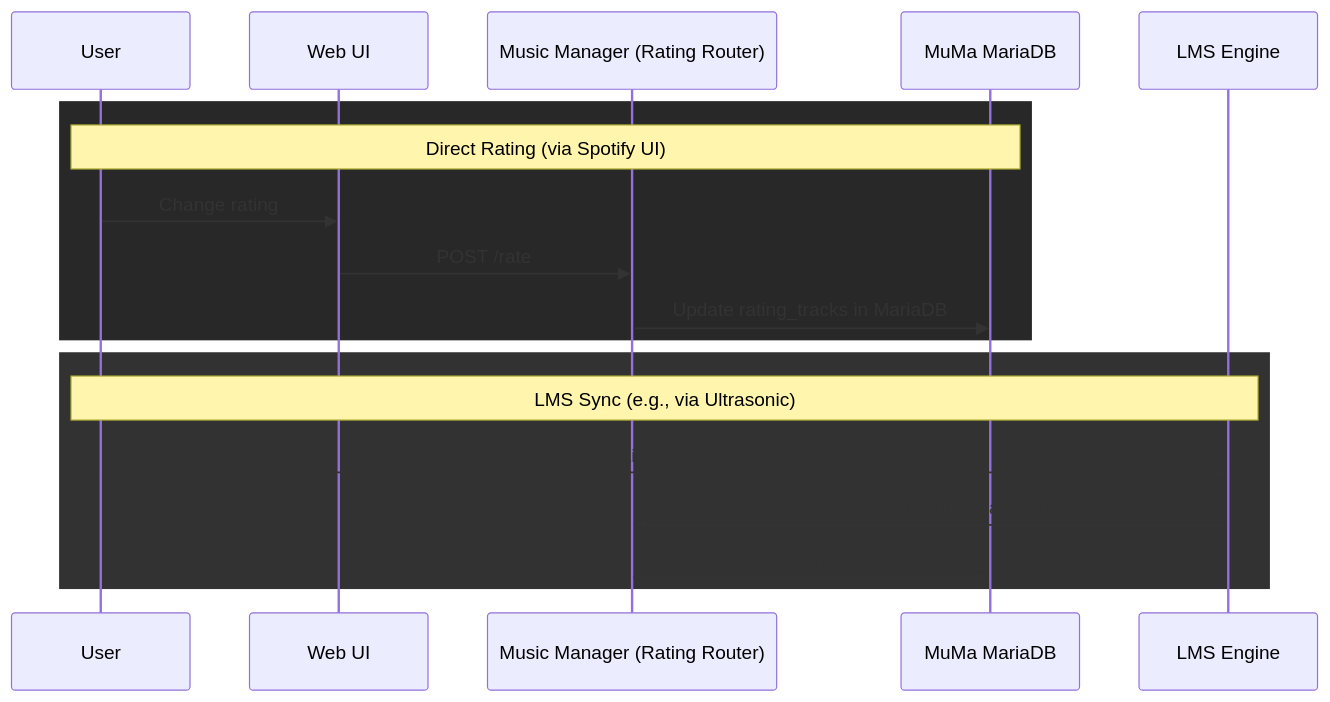
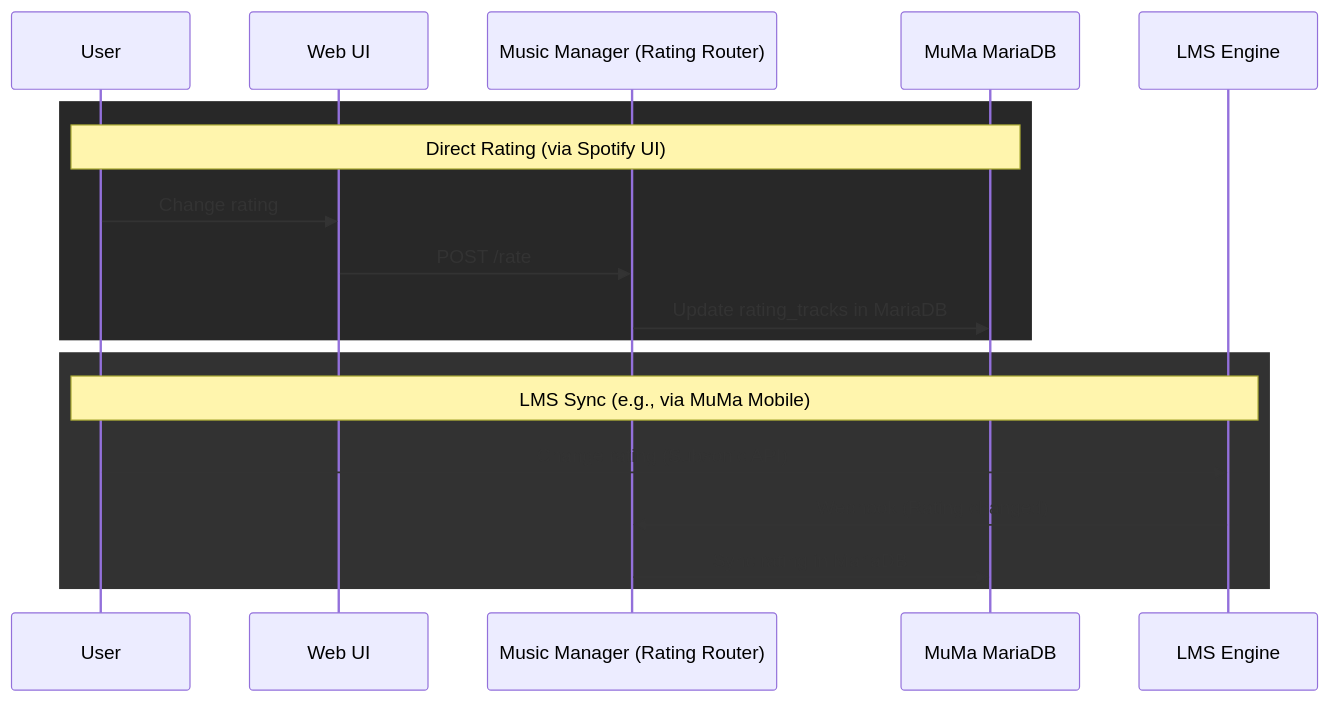
Before and after one commit to tsshadow/music-management: the fifth of 5 diagrams in docs/architecture.md, drawn with Mermaid. The commit also changed other lines of this file and 1478 other files, not shown here.

First line of the commit message:
refactor(muma-mobile): rename the Android app from Ultrasonic to MuMa Mobile

````diff
--- a/docs/architecture.md
+++ b/docs/architecture.md
@@ -196,22 +196,22 @@
 ```mermaid
 sequenceDiagram
     participant U as User
     participant W as Web UI
     participant MM as Music Manager (Rating Router)
     participant MDB as MuMa MariaDB
     participant LMS as LMS Engine
 
     rect rgb(40, 40, 40)
     Note over U,MDB: Direct Rating (via Spotify UI)
     U->>W: Change rating
     W->>MM: POST /rate
     MM->>MDB: Update rating_tracks in MariaDB
     end
 
     rect rgb(50, 50, 50)
-    Note over U,LMS: LMS Sync (e.g., via Ultrasonic)
+    Note over U,LMS: LMS Sync (e.g., via MuMa Mobile)
     U->>LMS: Change rating (Subsonic API)
     LMS->>MM: Webhook (Rating changed)
     MM->>MDB: Sync rating in MariaDB
     end
 ```
````
